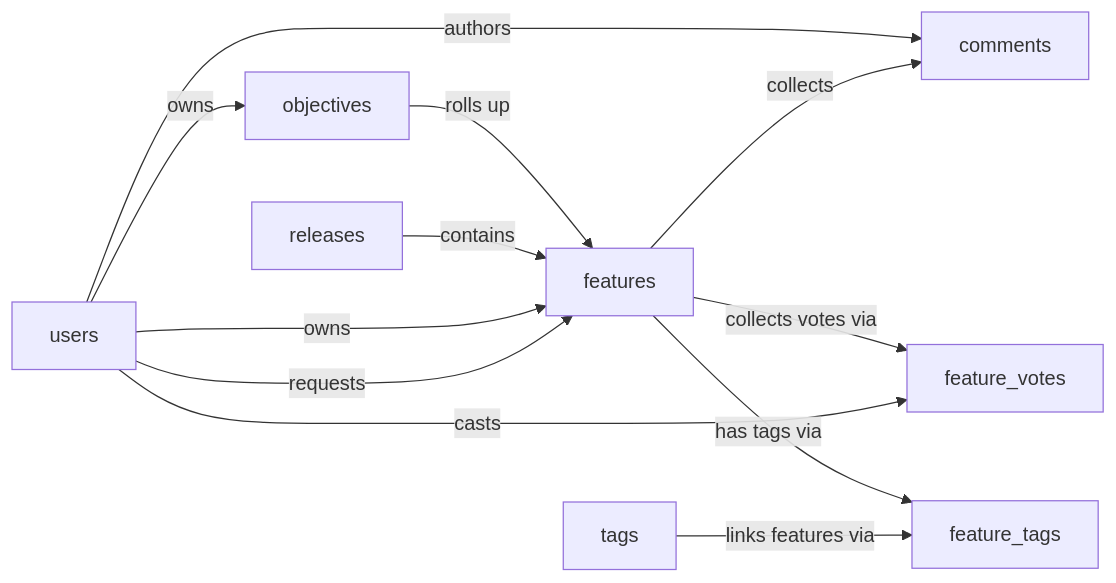
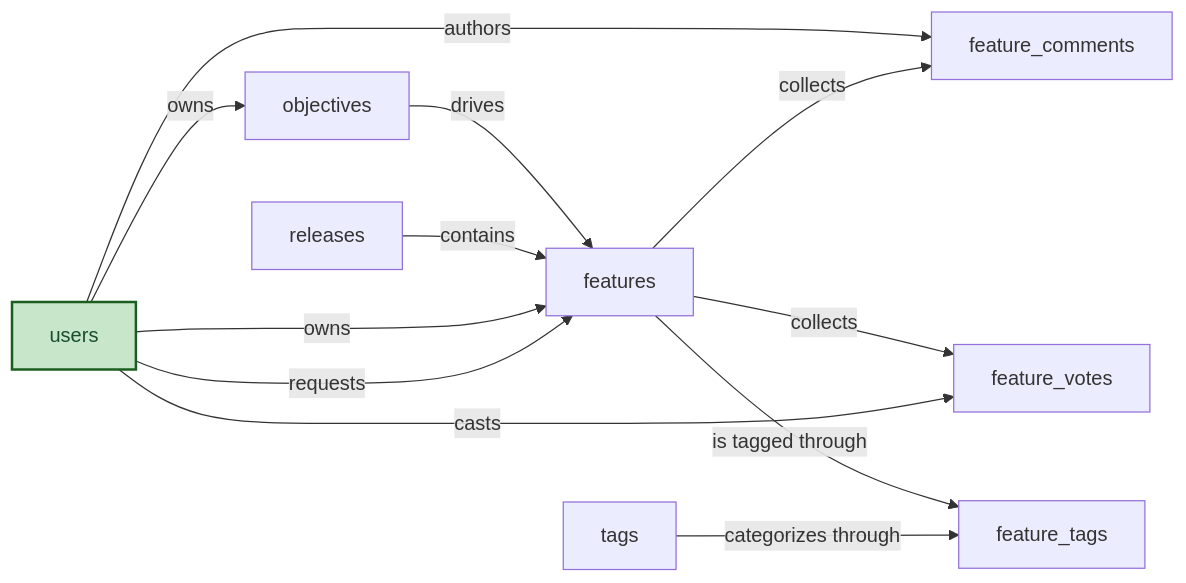
The diagram in skills/product-roadmap/README.mdx (semantius/semantius), drawn with Mermaid before and after one commit. The commit also changed other lines of this file and 12 other files, not shown here.

````diff
--- a/skills/product-roadmap/README.mdx
+++ b/skills/product-roadmap/README.mdx
@@ -44,14 +43,16 @@
 ```mermaid
 flowchart LR
-    objectives -->|rolls up| features
+    classDef builtin fill:#c8e6c9,stroke:#1b5e20,stroke-width:2px,color:#1a4d2e;
+    objectives -->|drives| features
     releases -->|contains| features
     users -->|owns| objectives
     users -->|owns| features
     users -->|requests| features
-    users -->|authors| comments
-    features -->|collects| comments
-    features -->|collects votes via| feature_votes
+    users -->|authors| feature_comments
+    features -->|collects| feature_comments
+    features -->|collects| feature_votes
     users -->|casts| feature_votes
-    features -->|has tags via| feature_tags
-    tags -->|links features via| feature_tags
+    features -->|is tagged through| feature_tags
+    tags -->|categorizes through| feature_tags
+    class users builtin;
 ```
````
